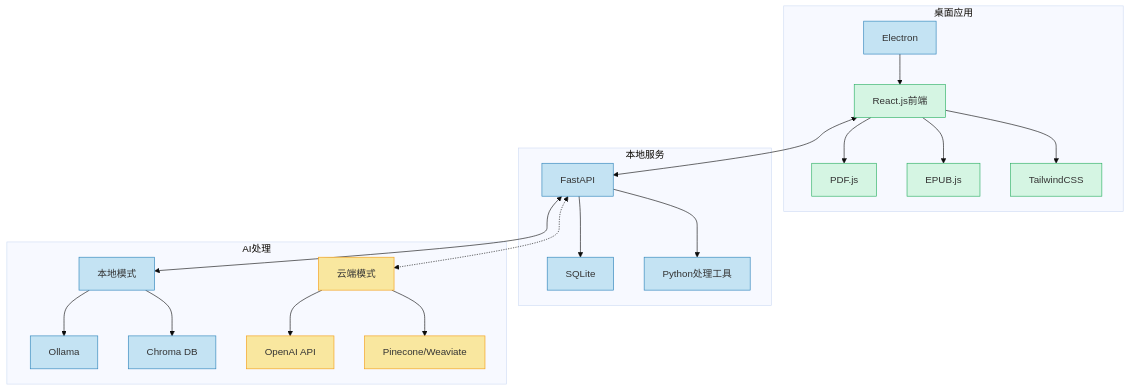
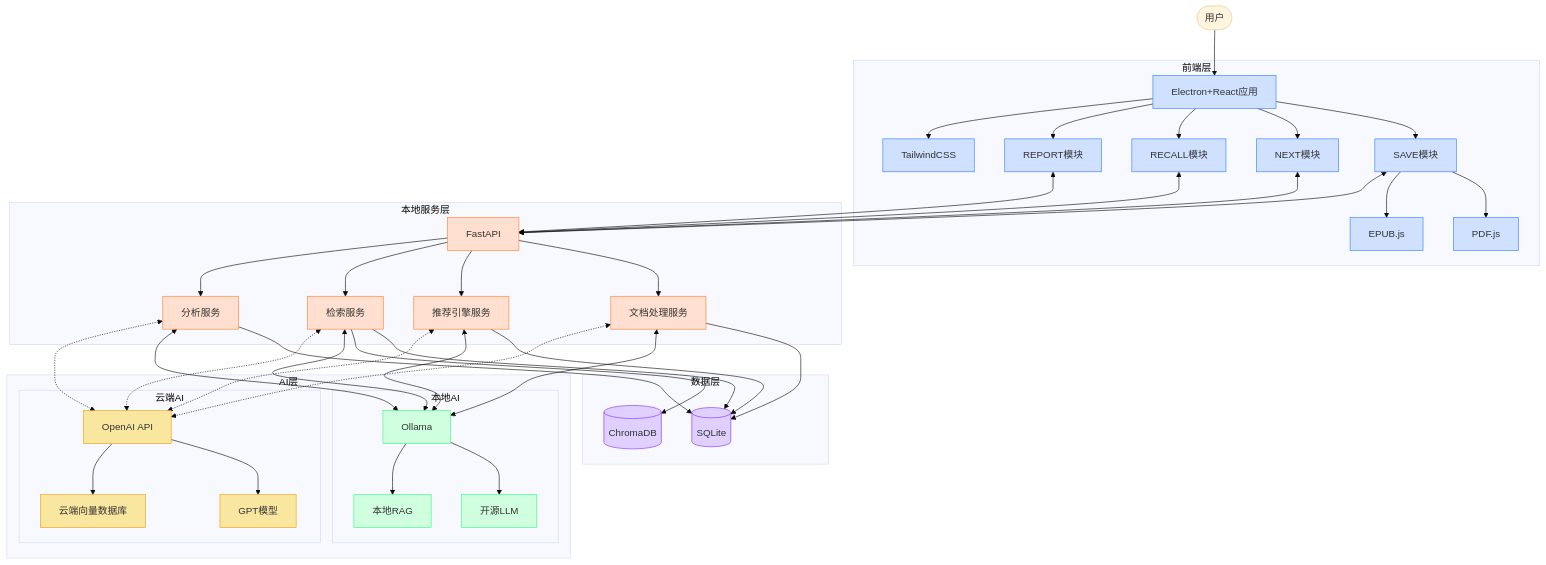
The second of 9 diagrams in MyStartups/NextBook/README.md (EnigmaWU/MyLLM_Arena), drawn with Mermaid (base theme) before and after one commit.

Commit message:
更新《README.md》，重构架构图，优化前端、后端和AI层的模块划分，增强用户对系统架构的理解

````diff
--- a/MyStartups/NextBook/README.md
+++ b/MyStartups/NextBook/README.md
@@ -180,33 +180,70 @@
 ```mermaid
 flowchart TD
-    subgraph "桌面应用"
-        A[Electron] --> B[React.js前端]
-        B --> C1[PDF.js]
-        B --> C2[EPUB.js]
-        B --> C3[TailwindCSS]
+    User([用户]) --> UI[Electron+React应用]
+    
+    subgraph "前端层"
+        UI --> SaveUI[SAVE模块]
+        UI --> NextUI[NEXT模块]
+        UI --> RecallUI[RECALL模块]
+        UI --> ReportUI[REPORT模块]
+        
+        SaveUI --> PDF[PDF.js]
+        SaveUI --> EPUB[EPUB.js]
+        UI --> TW[TailwindCSS]
     end
     
-    subgraph "本地服务"
-        D[FastAPI] --> E[SQLite]
-        D --> F[Python处理工具]
+    subgraph "本地服务层"
+        API[FastAPI] --> DocProcess[文档处理服务]
+        API --> RecommendEngine[推荐引擎服务]
+        API --> SearchService[检索服务]
+        API --> AnalyticsService[分析服务]
     end
     
-    subgraph "AI处理"
-        G1[本地模式] --> H1[Ollama]
-        G1 --> H2[Chroma DB]
-        G2[云端模式] --> I1[OpenAI API]
-        G2 --> I2[Pinecone/Weaviate]
+    subgraph "数据层"
+        DocProcess --> SQLite[(SQLite)]
+        RecommendEngine --> SQLite
+        SearchService --> SQLite
+        AnalyticsService --> SQLite
+        SearchService --> VectorDB[(ChromaDB)]
     end
     
-    B <--> D
-    D <--> G1
-    D <-.-> G2
+    subgraph "AI层"
+        subgraph "本地AI"
+            LocalAI[Ollama] --> LocalLLM[开源LLM]
+            LocalAI --> LocalRAG[本地RAG]
+        end
+        
+        subgraph "云端AI"
+            style CloudAI fill:#f9e79f,stroke:#f39c12
+            CloudAI[OpenAI API] --> CloudLLM[GPT模型]
+            CloudAI --> CloudVectorDB[云端向量数据库]
+        end
+    end
     
-    classDef local fill:#c4e3f3,stroke:#2980b9
-    classDef cloud fill:#f9e79f,stroke:#f39c12
-    classDef ui fill:#d5f5e3,stroke:#27ae60
+    SaveUI <--> API
+    NextUI <--> API
+    RecallUI <--> API
+    ReportUI <--> API
     
-    class A,B,C1,C2,C3,D,E,F,G1,H1,H2 local
-    class G2,I1,I2 cloud
-    class B,C1,C2,C3 ui
+    DocProcess <--> LocalAI
+    RecommendEngine <--> LocalAI
+    SearchService <--> LocalAI
+    AnalyticsService <--> LocalAI
+    
+    DocProcess <-.-> CloudAI
+    RecommendEngine <-.-> CloudAI
+    SearchService <-.-> CloudAI
+    AnalyticsService <-.-> CloudAI
+    
+    classDef frontend fill:#d0e0ff,stroke:#3080ff
+    classDef backend fill:#ffe0d0,stroke:#ff8030
+    classDef data fill:#e0d0ff,stroke:#8030ff
+    classDef localai fill:#d0ffe0,stroke:#30ff80
+    classDef cloudai fill:#f9e79f,stroke:#f39c12
+    
+    class UI,SaveUI,NextUI,RecallUI,ReportUI,PDF,EPUB,TW frontend
+    class API,DocProcess,RecommendEngine,SearchService,AnalyticsService backend
+    class SQLite,VectorDB data
+    class LocalAI,LocalLLM,LocalRAG localai
+    class CloudAI,CloudLLM,CloudVectorDB cloudai
 ```
````
